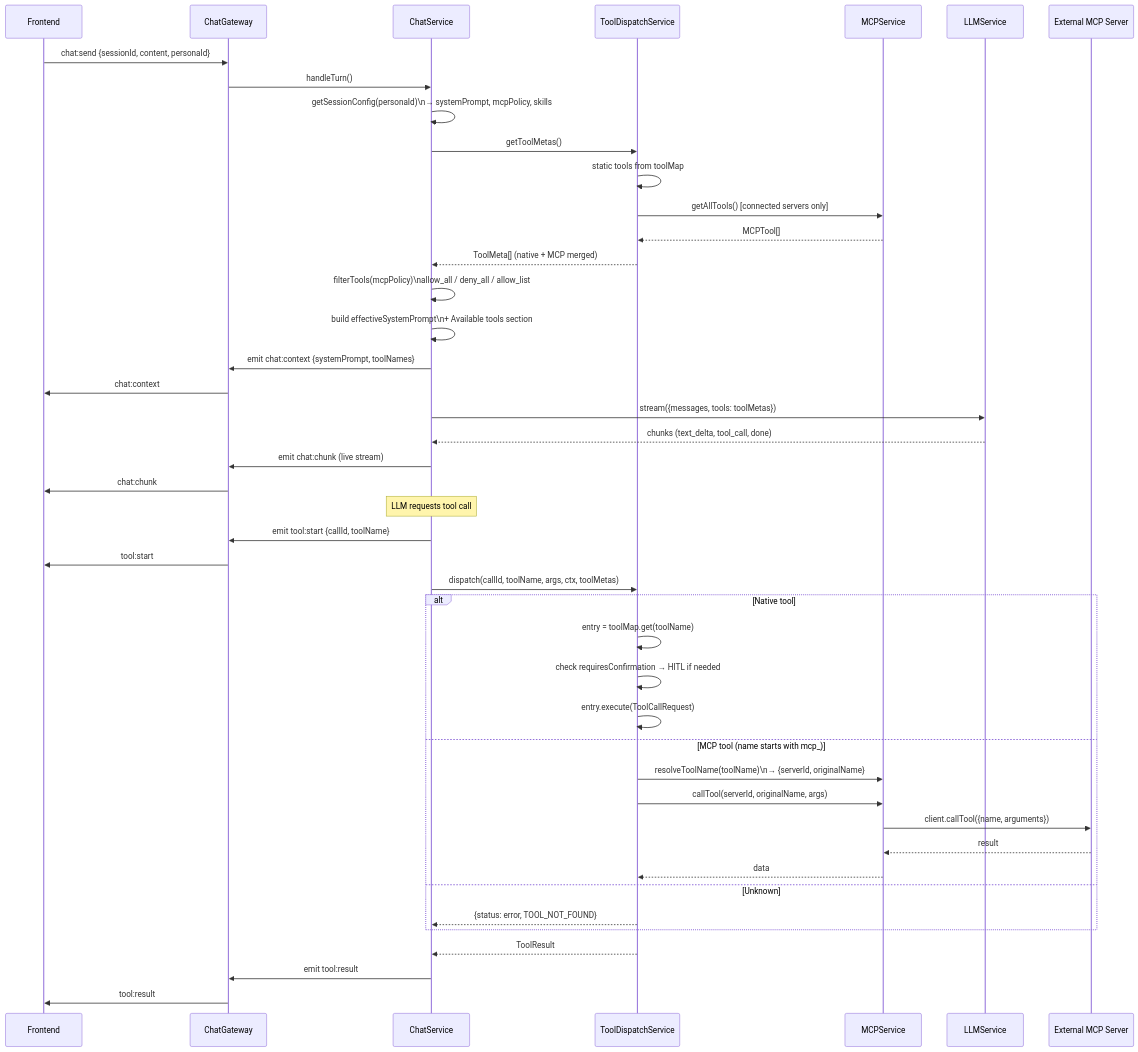
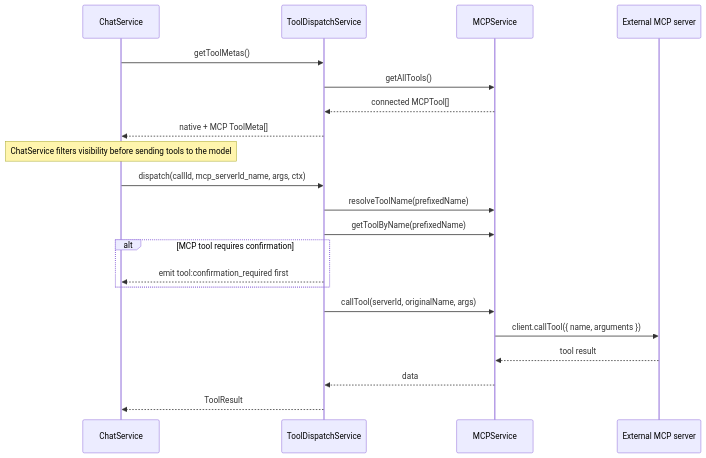
One commit to Radomiej/kalio-forever changed the second of 3 diagrams in docs/mcp-architecture.md. Above: the diagram before and after it, drawn with Mermaid. The commit also changed other lines of this file and 10 other files, not shown here.

First line of the commit message:
refactor: Update tool architecture documentation and add application architecture overview

````diff
--- a/docs/mcp-architecture.md
+++ b/docs/mcp-architecture.md
@@ -128,51 +71,26 @@
 ```mermaid
 sequenceDiagram
-    participant FE as Frontend
-    participant GW as ChatGateway
-    participant CS as ChatService
-    participant TD as ToolDispatchService
+    participant Chat as ChatService
+    participant Dispatch as ToolDispatchService
     participant MCP as MCPService
-    participant LLM as LLMService
-    participant EXT as External MCP Server
+    participant Ext as External MCP server
 
-    FE->>GW: chat:send {sessionId, content, personaId}
-    GW->>CS: handleTurn()
-    CS->>CS: getSessionConfig(personaId)\n→ systemPrompt, mcpPolicy, skills
-    CS->>TD: getToolMetas()
-    TD->>TD: static tools from toolMap
-    TD->>MCP: getAllTools() [connected servers only]
-    MCP-->>TD: MCPTool[]
-    TD-->>CS: ToolMeta[] (native + MCP merged)
-    CS->>CS: filterTools(mcpPolicy)\nallow_all / deny_all / allow_list
-    CS->>CS: build effectiveSystemPrompt\n+ Available tools section
-    CS->>GW: emit chat:context {systemPrompt, toolNames}
-    GW->>FE: chat:context
-    CS->>LLM: stream({messages, tools: toolMetas})
-    LLM-->>CS: chunks (text_delta, tool_call, done)
-    CS->>GW: emit chat:chunk (live stream)
-    GW->>FE: chat:chunk
+    Chat->>Dispatch: getToolMetas()
+    Dispatch->>MCP: getAllTools()
+    MCP-->>Dispatch: connected MCPTool[]
+    Dispatch-->>Chat: native + MCP ToolMeta[]
 
-    note over CS: LLM requests tool call
-    CS->>GW: emit tool:start {callId, toolName}
-    GW->>FE: tool:start
+    note over Chat: ChatService filters visibility before sending tools to the model
 
-    CS->>TD: dispatch(callId, toolName, args, ctx, toolMetas)
-
-    alt Native tool
-        TD->>TD: entry = toolMap.get(toolName)
-        TD->>TD: check requiresConfirmation → HITL if needed
-        TD->>TD: entry.execute(ToolCallRequest)
-    else MCP tool (name starts with mcp_)
-        TD->>MCP: resolveToolName(toolName)\n→ {serverId, originalName}
-        TD->>MCP: callTool(serverId, originalName, args)
-        MCP->>EXT: client.callTool({name, arguments})
-        EXT-->>MCP: result
-        MCP-->>TD: data
-    else Unknown
-        TD-->>CS: {status: error, TOOL_NOT_FOUND}
+    Chat->>Dispatch: dispatch(callId, mcp_serverId_name, args, ctx)
+    Dispatch->>MCP: resolveToolName(prefixedName)
+    Dispatch->>MCP: getToolByName(prefixedName)
+    alt MCP tool requires confirmation
+        Dispatch-->>Chat: emit tool:confirmation_required first
     end
-
-    TD-->>CS: ToolResult
-    CS->>GW: emit tool:result
-    GW->>FE: tool:result
+    Dispatch->>MCP: callTool(serverId, originalName, args)
+    MCP->>Ext: client.callTool({ name, arguments })
+    Ext-->>MCP: tool result
+    MCP-->>Dispatch: data
+    Dispatch-->>Chat: ToolResult
 ```
````
